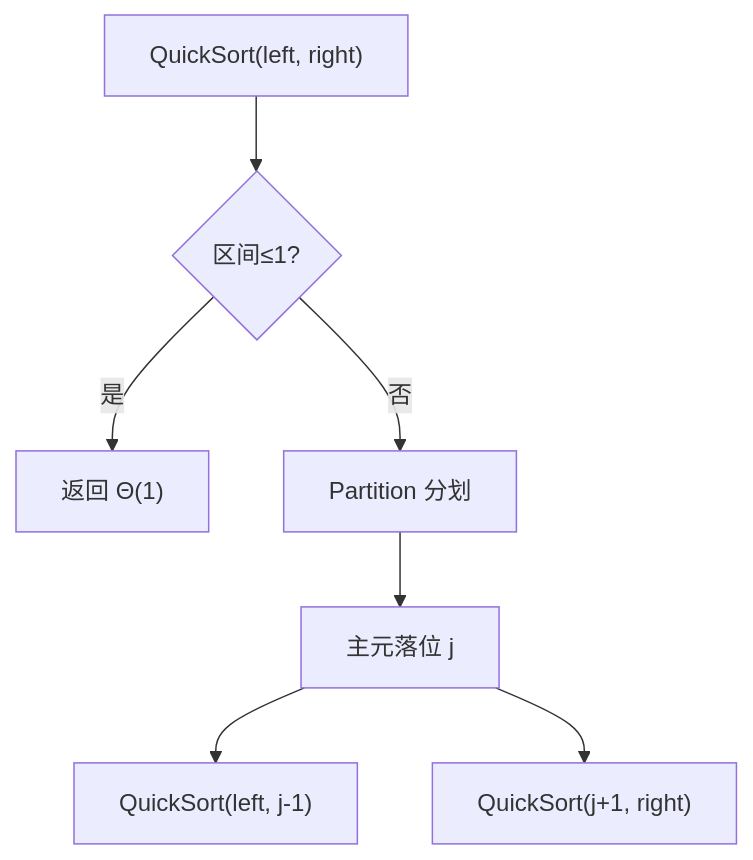
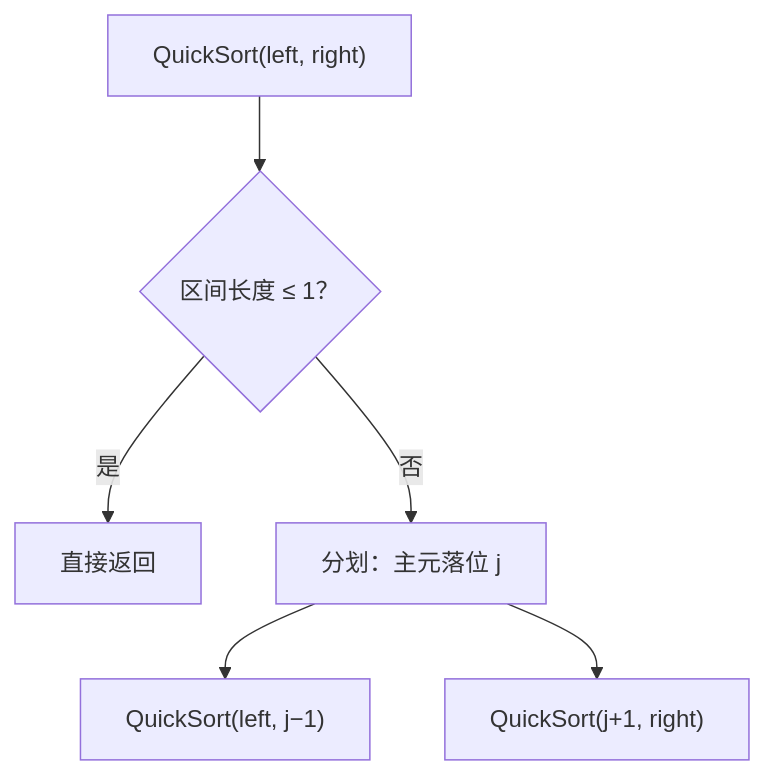
The diagram in topics/算法分析/快速排序.md (hicancan/njupt-knowledge), drawn with Mermaid before and after one commit. The commit also changed other lines of this file and 6 other files, not shown here.

````diff
--- a/topics/算法分析/快速排序.md
+++ b/topics/算法分析/快速排序.md
@@ -12,9 +40,8 @@
 ```mermaid
 flowchart TD
-    A["QuickSort(left, right)"] --> B{区间≤1?}
-    B -- 是 --> C["返回 Θ(1)"]
-    B -- 否 --> D["Partition 分划"]
-    D --> E["主元落位 j"]
-    E --> F["QuickSort(left, j-1)"]
-    E --> G["QuickSort(j+1, right)"]
+    A["QuickSort(left, right)"] --> B{"区间长度 ≤ 1？"}
+    B -- 是 --> C["直接返回"]
+    B -- 否 --> D["分划：主元落位 j"]
+    D --> E["QuickSort(left, j−1)"]
+    D --> F["QuickSort(j+1, right)"]
 ```
````
